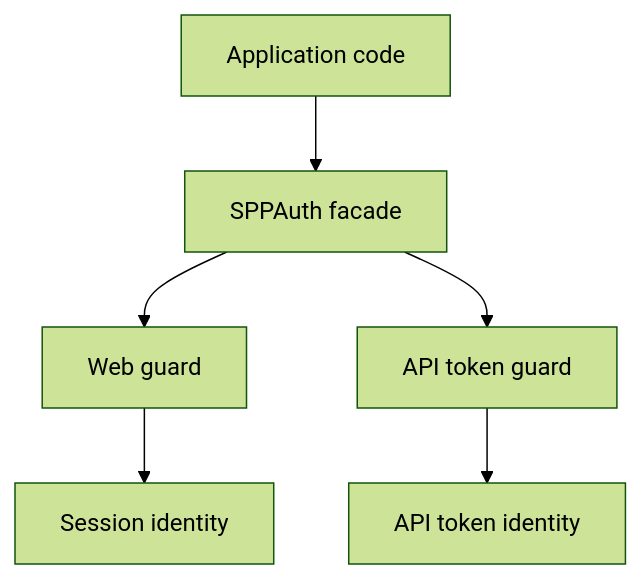
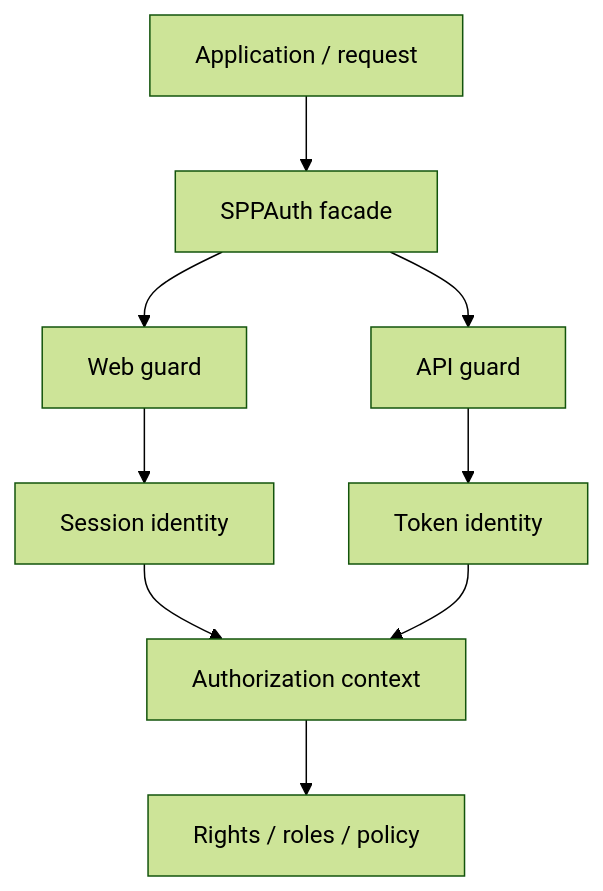
Before and after one commit to shuklasp/spp: the first of 4 diagrams in documentation/handbook/17-authentication-and-authorization.md, drawn with Mermaid (forest theme). The commit also changed other lines of this file, not shown here.

Commit message:
docs: reconcile identity chapter with platform architecture

````diff
--- a/documentation/handbook/17-authentication-and-authorization.md
+++ b/documentation/handbook/17-authentication-and-authorization.md
@@ -43,8 +38,11 @@
 ```mermaid
 flowchart TD
-    A[Application code] --> B[SPPAuth facade]
+    A[Application / request] --> B[SPPAuth facade]
     B --> C[Web guard]
-    B --> D[API token guard]
+    B --> D[API guard]
     C --> E[Session identity]
-    D --> F[API token identity]
+    D --> F[Token identity]
+    E --> G[Authorization context]
+    F --> G
+    G --> H[Rights / roles / policy]
 ```
````
